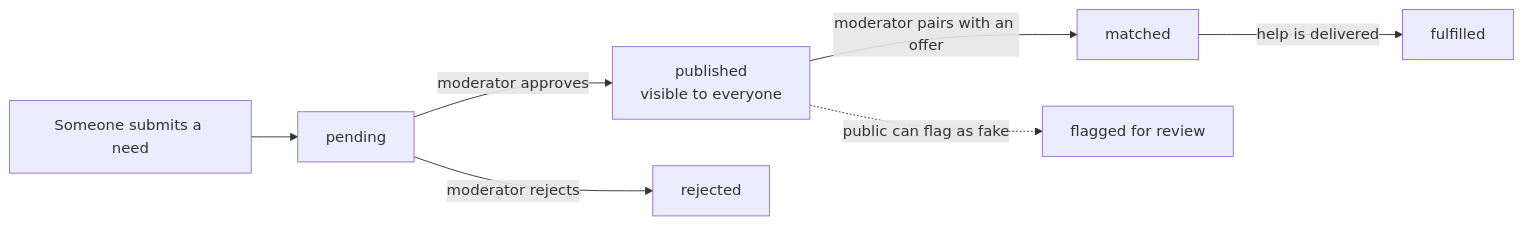
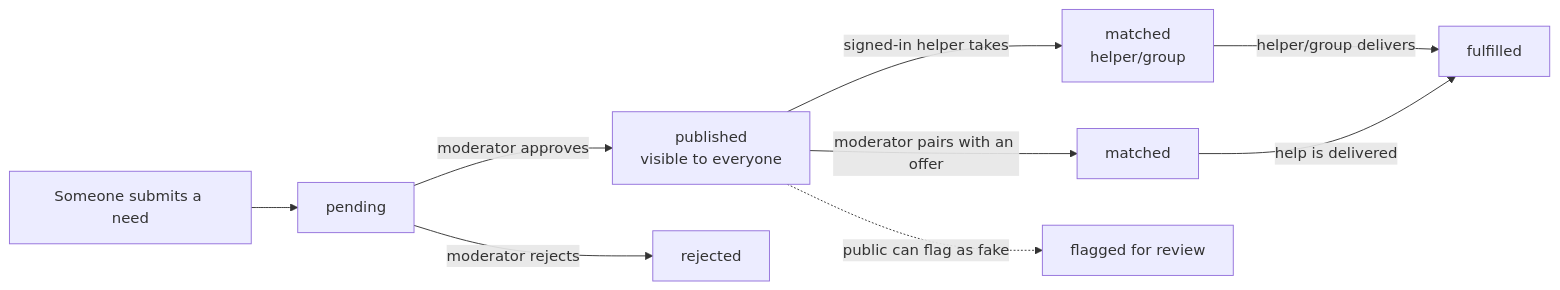
One commit to onlyutils/verified-nepal changed the second of 6 diagrams in docs/FEATURES.md. Above: the diagram before and after it, drawn with Mermaid. The commit also changed other lines of this file and 31 other files, not shown here.

````diff
--- a/docs/FEATURES.md
+++ b/docs/FEATURES.md
@@ -77,9 +77,11 @@
 ```mermaid
 flowchart LR
     A[Someone submits a need] --> B[pending]
     B -->|moderator approves| C[published<br/>visible to everyone]
     B -->|moderator rejects| R[rejected]
     C -->|moderator pairs with an offer| D[matched]
+    C -->|signed-in helper takes| H[matched<br/>helper/group]
+    H -->|helper/group delivers| E[fulfilled]
     D -->|help is delivered| E[fulfilled]
     C -.public can flag as fake.-> F[flagged for review]
 ```
````
